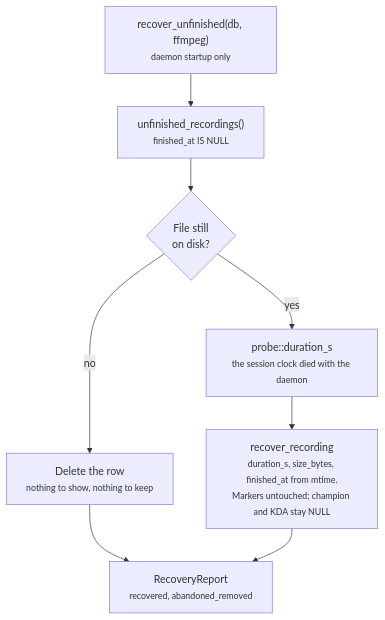
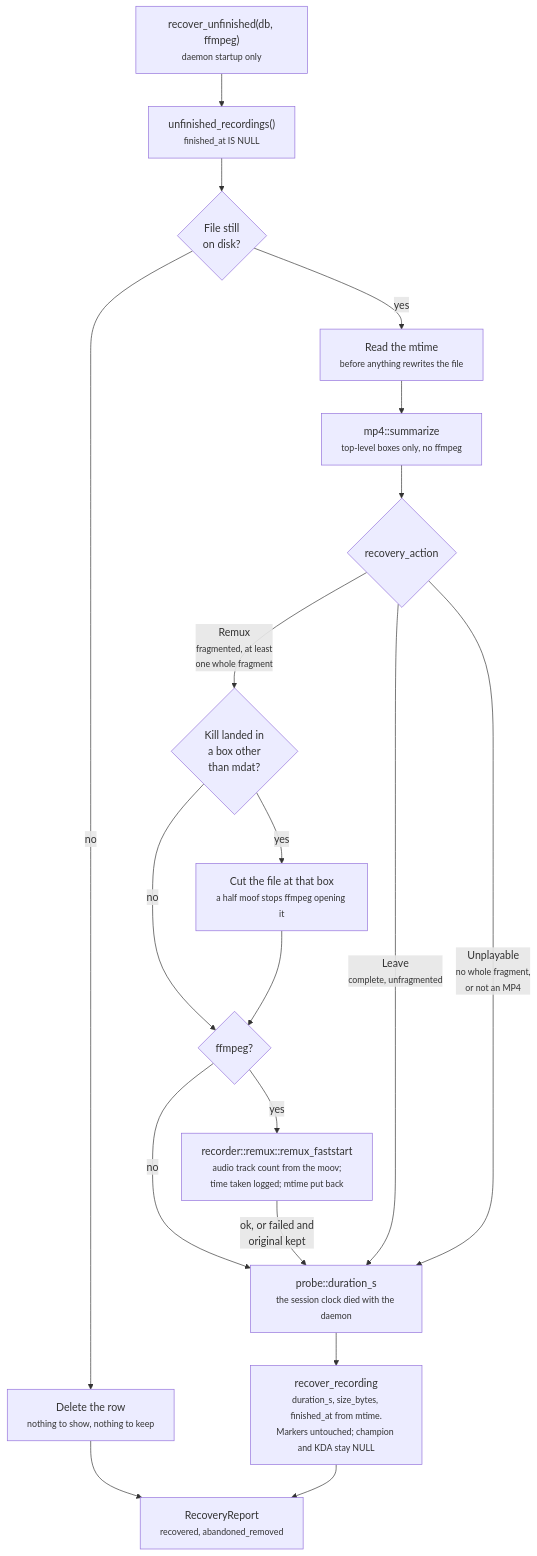
The third of 5 diagrams in docs/data-model.md (NinjaGoldfinch/ninja-recorder), drawn with Mermaid before and after one commit. The commit also changed other lines of this file and 10 other files, not shown here.

First line of the commit message:
feat(recovery): remux what startup recovery finds, through a shared faststart remux

````diff
--- a/docs/data-model.md
+++ b/docs/data-model.md
@@ -509,10 +521,22 @@
 ```mermaid
 flowchart TB
     START["recover_unfinished(db, ffmpeg)<br/><small>daemon startup only</small>"] --> OPEN["unfinished_recordings()<br/><small>finished_at IS NULL</small>"]
     OPEN --> C0{"File still<br/>on disk?"}
     C0 -->|"no"| DROP0["Delete the row<br/><small>nothing to show, nothing to keep</small>"]
-    C0 -->|"yes"| PROBE0["probe::duration_s<br/><small>the session clock died with the daemon</small>"]
+    C0 -->|"yes"| MTIME["Read the mtime<br/><small>before anything rewrites the file</small>"]
+    MTIME --> READ["mp4::summarize<br/><small>top-level boxes only, no ffmpeg</small>"]
+    READ --> ACT{"recovery_action"}
+    ACT -->|"Remux<br/><small>fragmented, at least<br/>one whole fragment</small>"| CUT{"Kill landed in<br/>a box other<br/>than mdat?"}
+    CUT -->|"yes"| TRUNC["Cut the file at that box<br/><small>a half moof stops ffmpeg opening it</small>"]
+    CUT -->|"no"| FF{"ffmpeg?"}
+    TRUNC --> FF
+    FF -->|"yes"| REMUX["recorder::remux::remux_faststart<br/><small>audio track count from the moov;<br/>time taken logged; mtime put back</small>"]
+    FF -->|"no"| PROBE0
+    REMUX -->|"ok, or failed and<br/>original kept"| PROBE0
+    ACT -->|"Leave<br/><small>complete, unfragmented</small>"| PROBE0
+    ACT -->|"Unplayable<br/><small>no whole fragment,<br/>or not an MP4</small>"| PROBE0
+    PROBE0["probe::duration_s<br/><small>the session clock died with the daemon</small>"]
     PROBE0 --> FIN["recover_recording<br/><small>duration_s, size_bytes, finished_at from mtime.<br/>Markers untouched; champion and KDA stay NULL</small>"]
     DROP0 --> REP0["RecoveryReport<br/><small>recovered, abandoned_removed</small>"]
     FIN --> REP0
 ```
````
